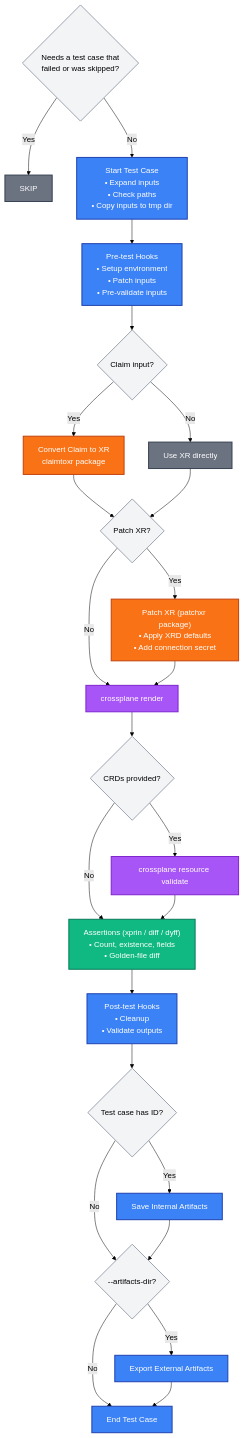
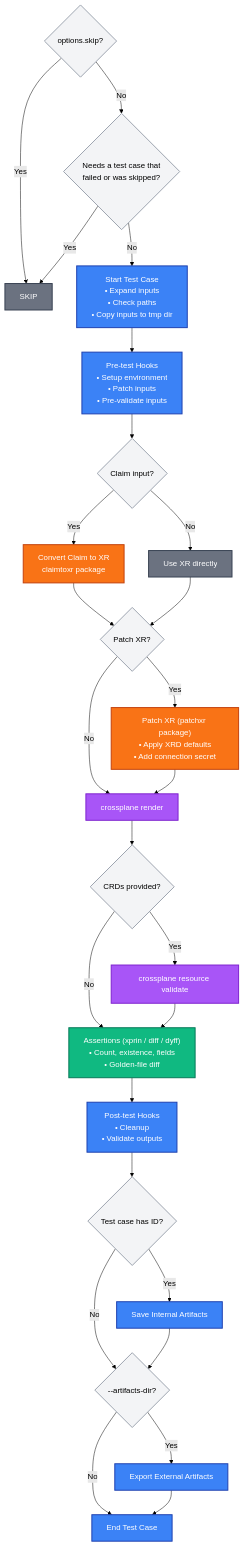
One commit to crossplane-contrib/xprin changed the fourth of 4 diagrams in docs/architecture.md. Above: the diagram before and after it, drawn with Mermaid (forest theme). The commit also changed other lines of this file and 12 other files, not shown here.

First line of the commit message:
feat(options): add options.skip to skip a test case

````diff
--- a/docs/architecture.md
+++ b/docs/architecture.md
@@ -134,42 +135,44 @@
 ```mermaid
 flowchart TD
-    S{"Needs a test case that<br/>failed or was skipped?"}
+    V{"options.skip?"}
+    V -->|Yes| U
+    V -->|No| S{"Needs a test case that<br/>failed or was skipped?"}
     S -->|Yes| U["SKIP"]
     S -->|No| A["Start Test Case<br/>• Expand inputs<br/>• Check paths<br/>• Copy inputs to tmp dir"]
     A --> B["Pre-test Hooks<br/>• Setup environment<br/>• Patch inputs<br/>• Pre-validate inputs"]
     B --> C{"Claim input?"}
     C -->|Yes| D["Convert Claim to XR<br/>claimtoxr package"]
     C -->|No| E["Use XR directly"]
     D --> F{"Patch XR?"}
     E --> F
     F -->|Yes| G["Patch XR (patchxr package)<br/>• Apply XRD defaults<br/>• Add connection secret"]
     F -->|No| I["crossplane render"]
     G --> I
     I --> J{"CRDs provided?"}
     J -->|Yes| K["crossplane resource validate"]
     J -->|No| L["Assertions (xprin / diff / dyff)<br/>• Count, existence, fields<br/>• Golden-file diff"]
     K --> L
     L --> M["Post-test Hooks<br/>• Cleanup<br/>• Validate outputs"]
     M --> N{"Test case has ID?"}
     N -->|Yes| O["Save Internal Artifacts"]
     N -->|No| Q{"--artifacts-dir?"}
     O --> Q
     Q -->|Yes| R["Export External Artifacts"]
     Q -->|No| P["End Test Case"]
     R --> P
 
     %% Color scheme: Group related operations with white text for readability
     classDef xprin fill:#3b82f6,stroke:#1e40af,stroke-width:2px,color:#fff
     classDef xprinHelpers fill:#f97316,stroke:#c2410c,stroke-width:2px,color:#fff
     classDef crossplane fill:#a855f7,stroke:#7e22ce,stroke-width:2px,color:#fff
     classDef validation fill:#10b981,stroke:#047857,stroke-width:2px,color:#fff
     classDef neutral fill:#6b7280,stroke:#374151,stroke-width:2px,color:#fff
     classDef decision fill:#f3f4f6,stroke:#9ca3af,stroke-width:2px,color:#000
 
     class A,B,M,O,R,P xprin
     class D,G xprinHelpers
     class I,K crossplane
     class L validation
     class E,U neutral
-    class C,F,J,N,Q,S decision
+    class C,F,J,N,Q,S,V decision
 ```
````
